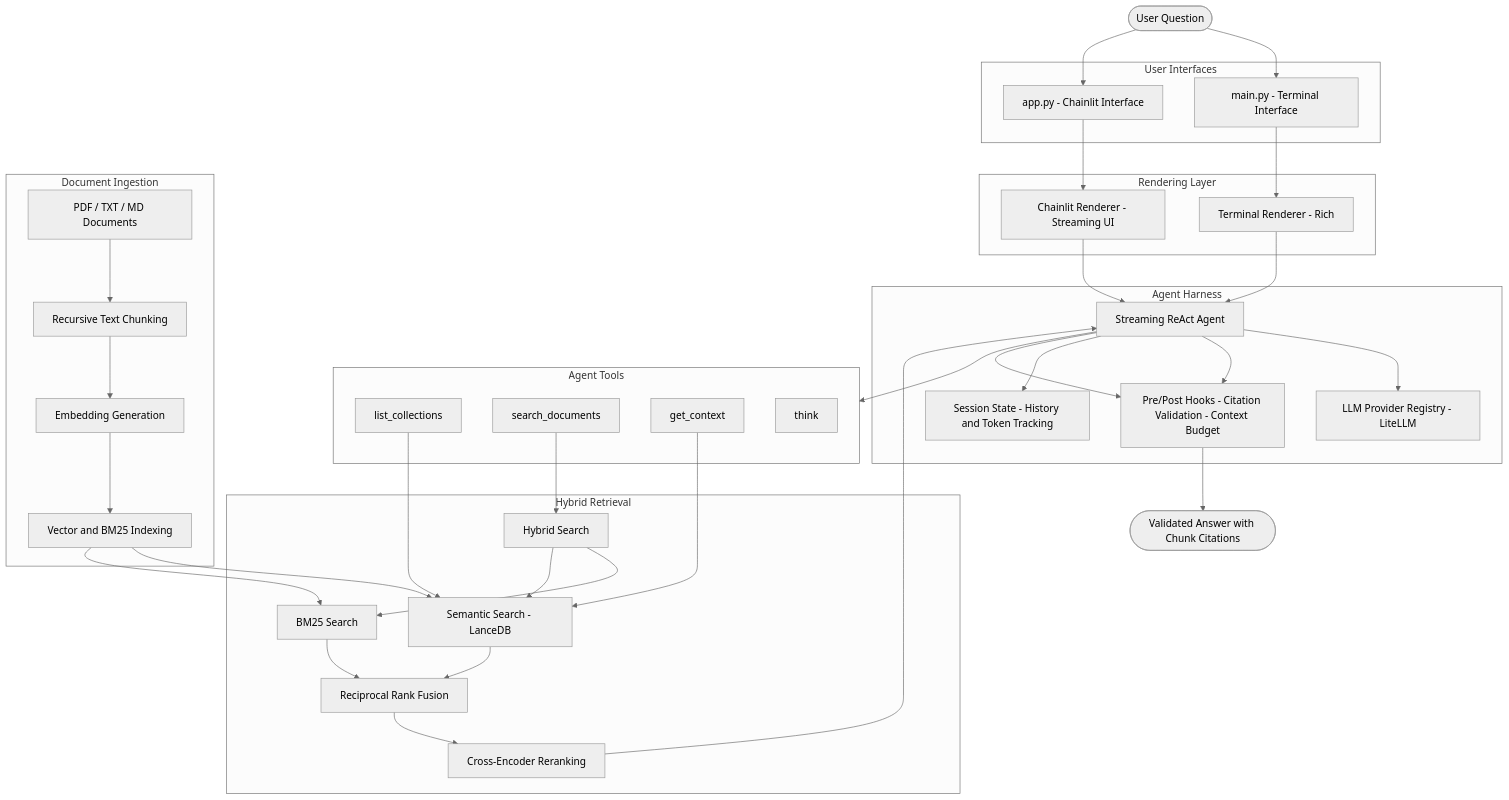
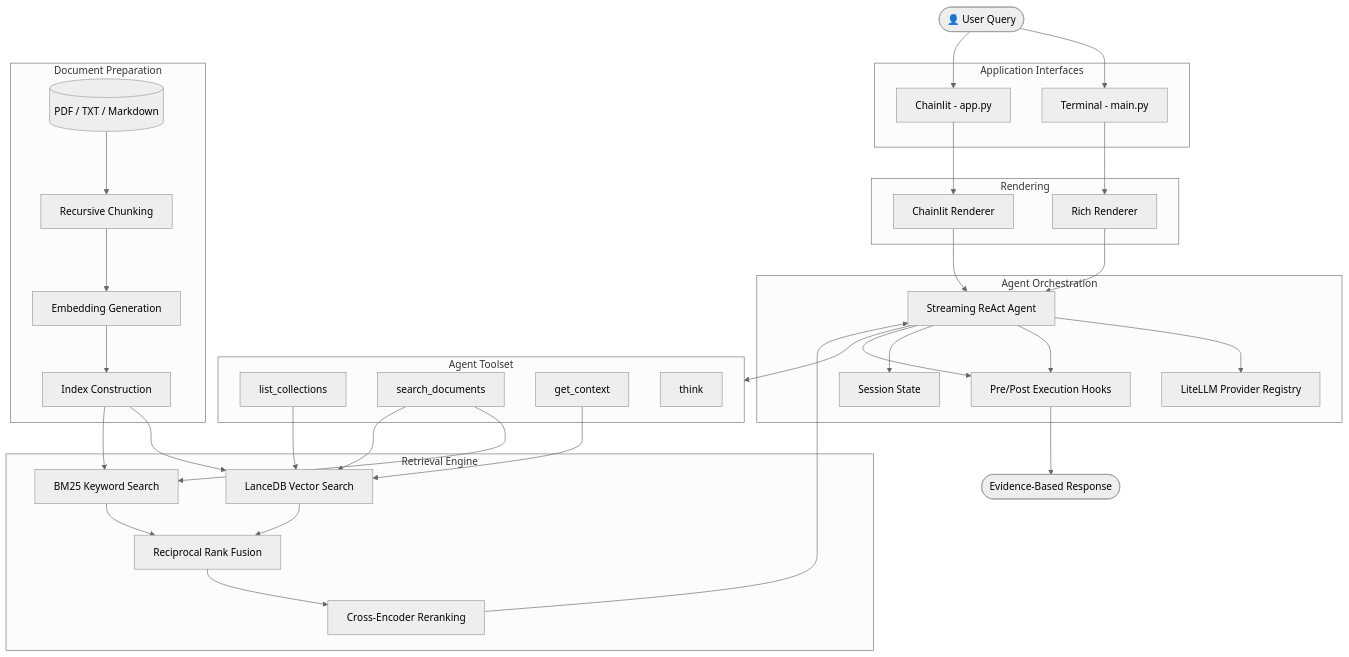
Before and after one commit to pushpakrai/Agentic-RAG-with-LLM-Evaluation-Harness: the diagram in README.md, drawn with Mermaid (neutral theme). The commit also changed other lines of this file, not shown here.

````diff
--- a/README.md
+++ b/README.md
@@ -79,73 +69,71 @@
 ```mermaid
-flowchart TD
-    U(["User Question"])
+flowchart TB
+    USER(["👤 User Query"])
 
-    subgraph UI["User Interfaces"]
-        CLI["main.py - Terminal Interface"]
-        WEB["app.py - Chainlit Interface"]
+    subgraph INTERFACE["Application Interfaces"]
+        CLI["Terminal - main.py"]
+        WEB["Chainlit - app.py"]
     end
 
-    subgraph RENDER["Rendering Layer"]
-        TR["Terminal Renderer - Rich"]
-        CR["Chainlit Renderer - Streaming UI"]
+    subgraph RENDER["Rendering"]
+        R1["Rich Renderer"]
+        R2["Chainlit Renderer"]
     end
 
-    subgraph AGENT["Agent Harness"]
-        A["Streaming ReAct Agent"]
-        P["LLM Provider Registry - LiteLLM"]
-        H["Pre/Post Hooks - Citation Validation - Context Budget"]
-        S["Session State - History and Token Tracking"]
+    subgraph CORE["Agent Orchestration"]
+        AGENT["Streaming ReAct Agent"]
+        PROVIDER["LiteLLM Provider Registry"]
+        HOOKS["Pre/Post Execution Hooks"]
+        STATE["Session State"]
     end
 
-    subgraph TOOLS["Agent Tools"]
+    subgraph TOOLS["Agent Toolset"]
         T1["list_collections"]
         T2["search_documents"]
         T3["get_context"]
         T4["think"]
     end
 
-    subgraph RETRIEVAL["Hybrid Retrieval"]
-        HS["Hybrid Search"]
-        BM["BM25 Search"]
-        VS["Semantic Search - LanceDB"]
-        RRF["Reciprocal Rank Fusion"]
-        RR["Cross-Encoder Reranking"]
+    subgraph SEARCH["Retrieval Engine"]
+        BM25["BM25 Keyword Search"]
+        VECTOR["LanceDB Vector Search"]
+        FUSION["Reciprocal Rank Fusion"]
+        RERANK["Cross-Encoder Reranking"]
     end
 
-    subgraph INGESTION["Document Ingestion"]
-        D["PDF / TXT / MD Documents"]
-        CH["Recursive Text Chunking"]
-        EM["Embedding Generation"]
-        IDX["Vector and BM25 Indexing"]
+    subgraph INGEST["Document Preparation"]
+        DOCS[("PDF / TXT / Markdown")]
+        SPLIT["Recursive Chunking"]
+        EMBED["Embedding Generation"]
+        INDEX["Index Construction"]
     end
 
-    ANS(["Validated Answer with Chunk Citations"])
+    ANSWER(["Evidence-Based Response"])
 
-    U --> CLI
-    U --> WEB
+    USER --> CLI
+    USER --> WEB
 
-    CLI --> TR --> A
-    WEB --> CR --> A
+    CLI --> R1 --> AGENT
+    WEB --> R2 --> AGENT
 
-    A --> P
-    A --> H
-    A --> S
-    A --> TOOLS
+    AGENT --> PROVIDER
+    AGENT --> HOOKS
+    AGENT --> STATE
+    AGENT --> TOOLS
 
-    T1 --> VS
-    T2 --> HS
-    T3 --> VS
+    T1 --> VECTOR
+    T2 --> BM25
+    T2 --> VECTOR
+    T3 --> VECTOR
 
-    HS --> BM
-    HS --> VS
-    BM --> RRF
-    VS --> RRF
-    RRF --> RR
-    RR --> A
+    BM25 --> FUSION
+    VECTOR --> FUSION
+    FUSION --> RERANK
+    RERANK --> AGENT
 
-    D --> CH --> EM --> IDX
-    IDX --> VS
-    IDX --> BM
+    DOCS --> SPLIT --> EMBED --> INDEX
+    INDEX --> VECTOR
+    INDEX --> BM25
 
-    A --> H --> ANS
+    AGENT --> HOOKS --> ANSWER
 ```
````
